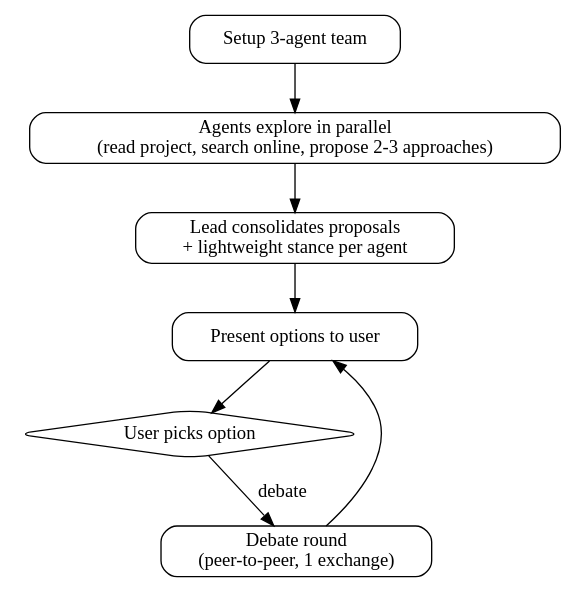
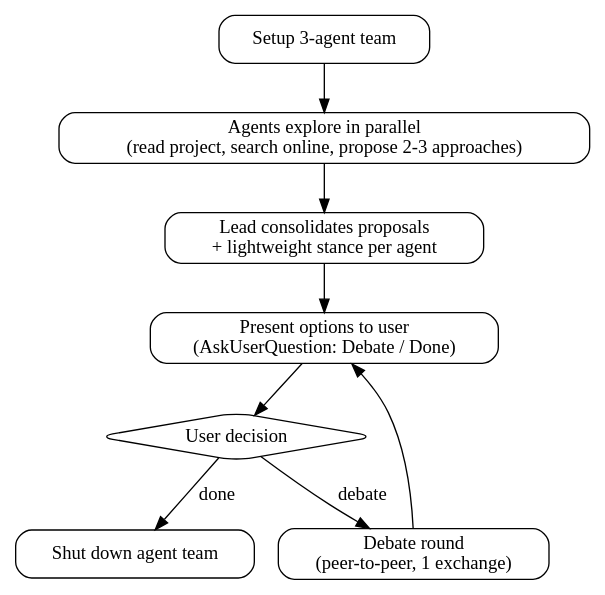
One commit to vinta/hal-9000 changed the diagram in skills/magi/SKILL.md. Above: the diagram before and after it, drawn with Graphviz. The commit also changed other lines of this file, not shown here.

First line of the commit message:
refactor(magi): add explicit teardown step and user decision flow

````diff
--- a/skills/magi/SKILL.md
+++ b/skills/magi/SKILL.md
@@ -36,20 +37,22 @@
 ```dot
 digraph magi {
     rankdir=TB;
     node [shape=box, style=rounded];
 
     setup [label="Setup 3-agent team"];
     explore [label="Agents explore in parallel\n(read project, search online, propose 2-3 approaches)"];
     consolidate [label="Lead consolidates proposals\n+ lightweight stance per agent"];
-    present [label="Present options to user"];
-    decide [label="User picks option" shape=diamond];
+    present [label="Present options to user\n(AskUserQuestion: Debate / Done)"];
+    decide [label="User decision" shape=diamond];
     debate [label="Debate round\n(peer-to-peer, 1 exchange)"];
+    teardown [label="Shut down agent team"];
 
     setup -> explore;
     explore -> consolidate;
     consolidate -> present;
     present -> decide;
     decide -> debate [label="debate"];
+    decide -> teardown [label="done"];
     debate -> present;
 }
 ```
````
